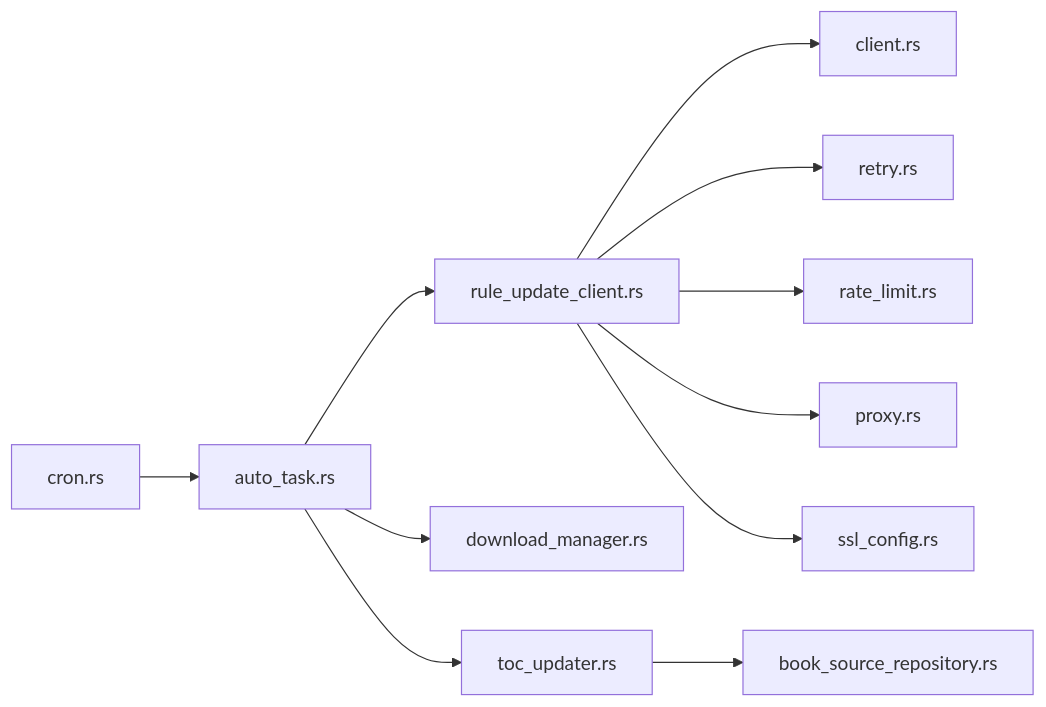
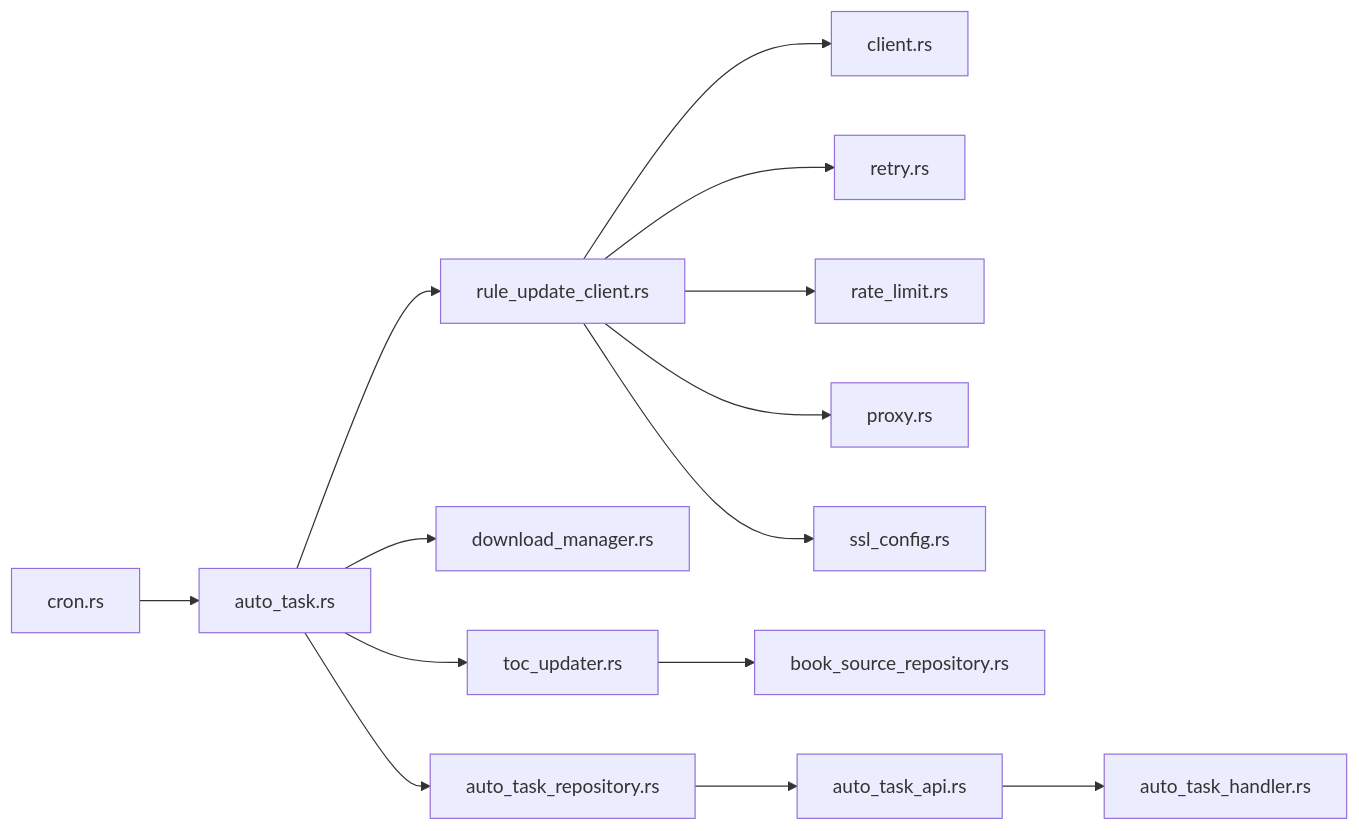
One commit to ZhangGHGitHub/LegadoTeamFlutter changed diagram 11 of 11 in .qoder/repowiki/zh/content/项目概述/核心功能特性/网络源系统/自动更新系统.md. Above: the diagram before and after it, drawn with Mermaid. The commit also changed other lines of this file and 173 other files, not shown here.

````diff
--- a/.qoder/repowiki/zh/content/项目概述/核心功能特性/网络源系统/自动更新系统.md
+++ b/.qoder/repowiki/zh/content/项目概述/核心功能特性/网络源系统/自动更新系统.md
@@ -362,13 +489,16 @@
 ```mermaid
 graph LR
 Cron["cron.rs"] --> AutoTask["auto_task.rs"]
 AutoTask --> RuleClient["rule_update_client.rs"]
 RuleClient --> NetClient["client.rs"]
 RuleClient --> Retry["retry.rs"]
 RuleClient --> RateLimit["rate_limit.rs"]
 RuleClient --> Proxy["proxy.rs"]
 RuleClient --> SSL["ssl_config.rs"]
 AutoTask --> DownloadMgr["download_manager.rs"]
 AutoTask --> TocUpdater["toc_updater.rs"]
 TocUpdater --> Repo["book_source_repository.rs"]
+AutoTask --> AutoTaskRepo["auto_task_repository.rs"]
+AutoTaskRepo --> FFI["auto_task_api.rs"]
+FFI --> Server["auto_task_handler.rs"]
 ```
````
